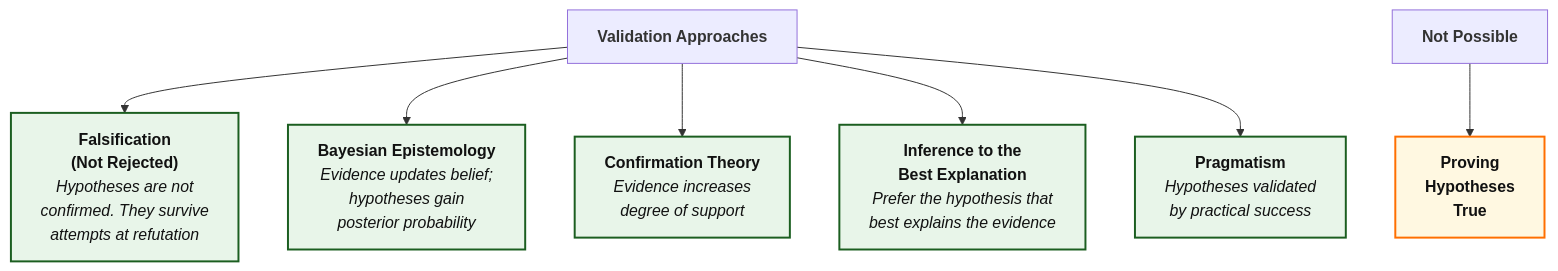
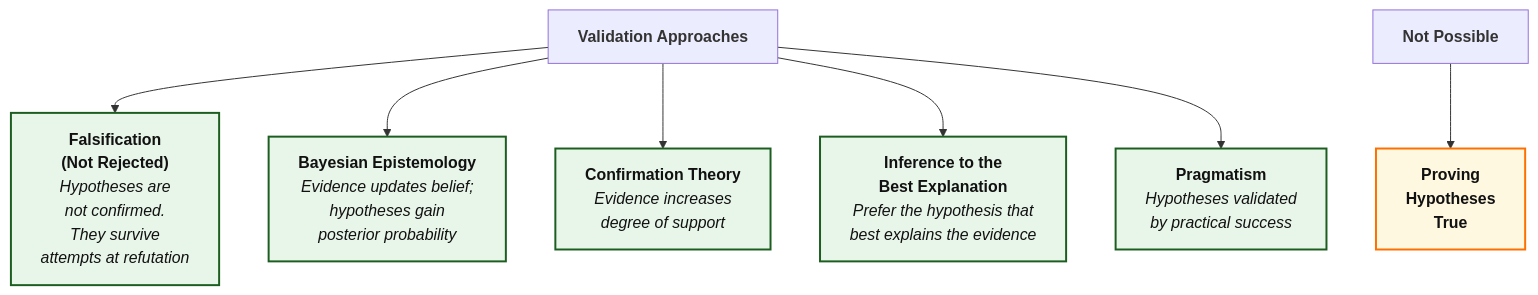
The diagram in work-notes/nek3.md (Tellusant/docs), drawn with Mermaid before and after one commit.

Commit message:
Fix wording in falsification explanation

```diff
--- a/work-notes/nek3.md
+++ b/work-notes/nek3.md
@@ -4,33 +4,33 @@
 <div class="mermaid">
 
 flowchart TD
 
 %%{init: {'themeVariables': { 'fontFamily': 'Arial'}}}%%
 
     V["`**Validation Approaches**`"]:::none
 
-    F["`**Falsification<br/>(Not Rejected)**<br/>*Hypotheses are not<br/>confirmed. They survive<br/>attempts at refutation*`"]:::strong
+    F["`**Falsification<br/>(Not Rejected)**<br/>*Hypotheses are<br/>not confirmed.<br/>They survive<br/>attempts at refutation*`"]:::strong
     B["`**Bayesian Epistemology**<br/>*Evidence updates belief;<br/>hypotheses gain<br/>posterior probability*`"]:::strong
     C["`**Confirmation Theory**<br/>*Evidence increases<br/>degree of support*`"]:::strong
     I["`**Inference to the<br/>Best Explanation**<br/>*Prefer the hypothesis that<br/>best explains the evidence*`"]:::strong
     R["`**Pragmatism**<br/>*Hypotheses validated<br/>by practical success*`"]:::strong
 
     NV["`**Not Possible**`"]:::none
     CO["`**Proving<br/>Hypotheses<br/>True**`"]:::mixed
 
     V --> F
     V --> B
     V --> C
     V --> I
     V --> R
     NV--> CO
 
     %% ========= STYLES ========= Labels are from another graph
 classDef strong  fill:#E8F5E9,stroke:#1B5E20,stroke-width:2px,color:#111;
 classDef neutral fill:#E3F2FD,stroke:#0D47A1,stroke-width:2px,color:#111;
 classDef mixed   fill:#FFF8E1,stroke:#FF6F00,stroke-width:2px,color:#111;
 classDef risk    fill:#FDECEA,stroke:#B71C1C,stroke-width:2px,color:#111;
 classDef summary fill:#F5F5F5,stroke:#424242,stroke-width:2px,color:#111;
 classDef anchor fill:transparent,stroke:transparent;
 
 </div>
```
